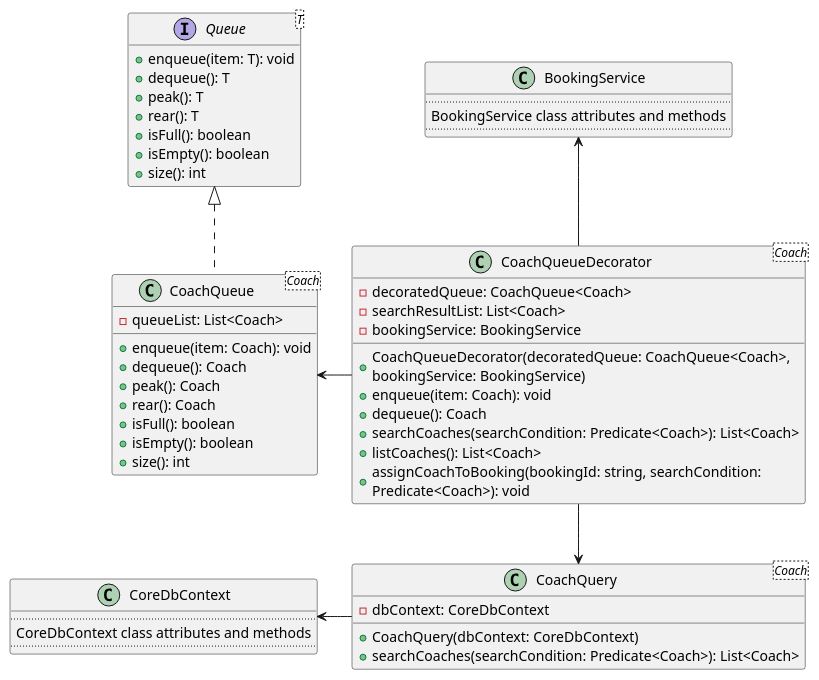
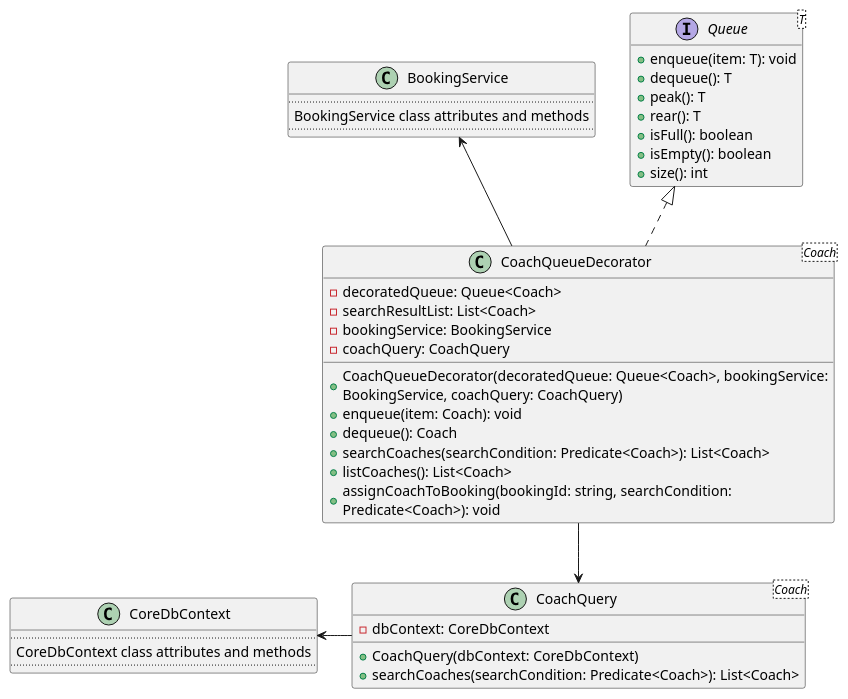
Before and after one commit to bsaranga/coach-tour-booking: the diagram in coursework2/new_scenario.puml, drawn with PlantUML. The commit also changed 1 other file, not shown here.

```diff
--- a/coursework2/new_scenario.puml
+++ b/coursework2/new_scenario.puml
@@ -1,62 +1,51 @@
 @startuml DecoratorPatternWithCoachQuery
 
 skinparam wrapWidth 500
 hide empty members
 
 interface Queue<T> {
   + enqueue(item: T): void
   + dequeue(): T
   + peak(): T
   + rear(): T
   + isFull(): boolean
   + isEmpty(): boolean
   + size(): int
 }
 
-class CoachQueue<Coach> {
-  - queueList: List<Coach>
-  + enqueue(item: Coach): void
-  + dequeue(): Coach
-  + peak(): Coach
-  + rear(): Coach
-  + isFull(): boolean
-  + isEmpty(): boolean
-  + size(): int
-}
-
 class BookingService {
     ..
     BookingService class attributes and methods
     ..
 }
 
 class CoachQueueDecorator<Coach> {
-  - decoratedQueue: CoachQueue<Coach>
+  - decoratedQueue: Queue<Coach>
   - searchResultList: List<Coach>
   - bookingService: BookingService
-  + CoachQueueDecorator(decoratedQueue: CoachQueue<Coach>, bookingService: BookingService)
+  - coachQuery: CoachQuery
+  + CoachQueueDecorator(decoratedQueue: Queue<Coach>, bookingService: BookingService, coachQuery: CoachQuery)
   + enqueue(item: Coach): void
   + dequeue(): Coach
   + searchCoaches(searchCondition: Predicate<Coach>): List<Coach>
   + listCoaches(): List<Coach>
   + assignCoachToBooking(bookingId: string, searchCondition: Predicate<Coach>): void
 }
 
 class CoreDbContext {
     ..
     CoreDbContext class attributes and methods
     ..
 }
 
 class CoachQuery<Coach> {
   - dbContext: CoreDbContext
   + CoachQuery(dbContext: CoreDbContext)
   + searchCoaches(searchCondition: Predicate<Coach>): List<Coach>
 }
 
-Queue <|.. CoachQueue
-CoachQueue <- CoachQueueDecorator
+Queue <|.. CoachQueueDecorator
 CoreDbContext <- CoachQuery
 CoachQueueDecorator --> CoachQuery
 CoachQueueDecorator -up-> BookingService
 @enduml
```
